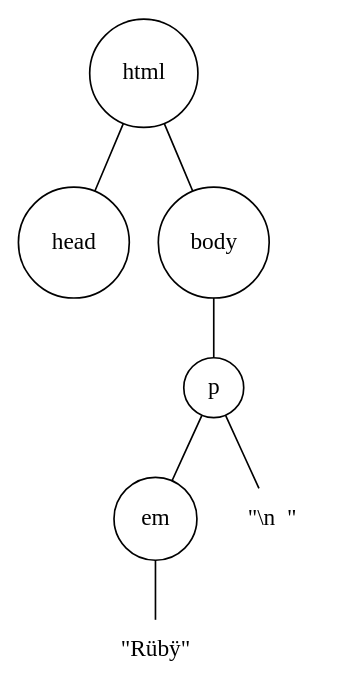
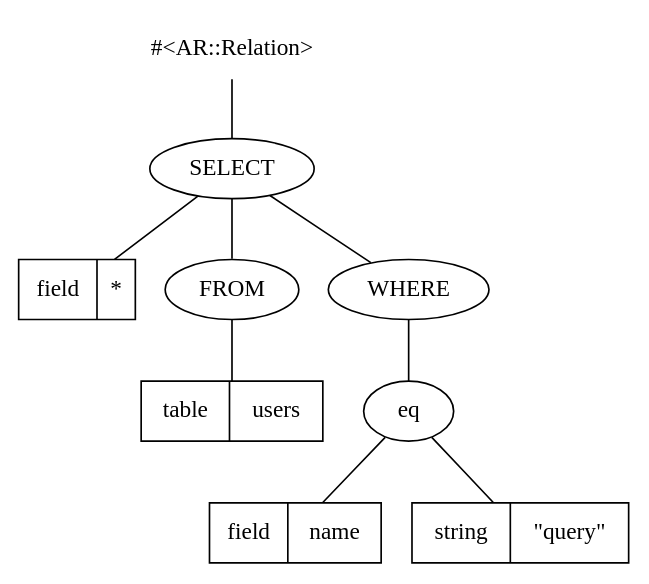
The second of 3 diagrams in 2013-rulu/presentation.md (plexus/conf-talks), drawn with Graphviz before and after one commit. The commit also changed other lines of this file and 403 other files, not shown here.

````diff
--- a/2013-rulu/presentation.md
+++ b/2013-rulu/presentation.md
@@ -323,17 +299,17 @@
 ```dot
-graph foo {
-  html[shape="circle"];
-  head[shape="circle"];
-  body[shape="circle"];
-  d1[label="p" shape="circle"];
-  d2[label="em" shape="circle"];
-  d3[label="\"Rübÿ\"" shape="none"];
-  n[label="\"\\n  \"" shape="none"]
-  html -- head;
-  html -- body;
-  body -- d1;
-  d1 -- d2;
-  d1 -- n;
-  d2 -- d3;
+graph ar {
+  relation[label="#<AR::Relation>" shape=none]
+  star[label="field|*" shape=record]
+  name[label="field|name" shape=record]
+  users[label="table|users" shape=record]
+  query[label="string|\"query\"" shape=record]
+  relation -- SELECT;
+  SELECT -- star;
+  SELECT -- FROM;
+  FROM -- users;
+  SELECT -- WHERE;
+  WHERE -- eq;
+  eq -- name;
+  eq -- query;
 }
 ```
````
